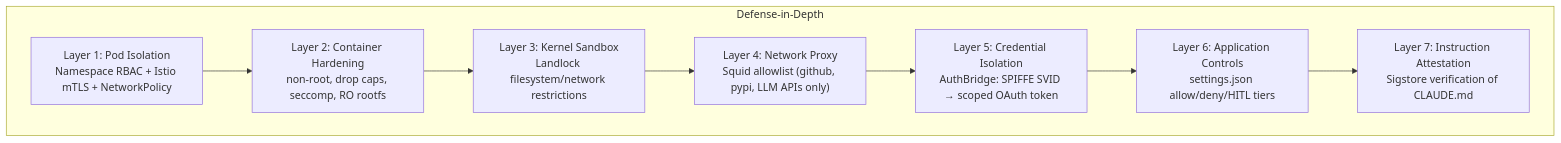
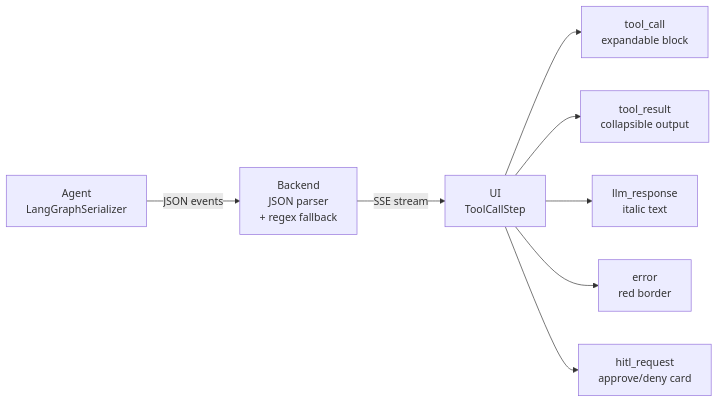
One commit to kagenti/kagenti changed the tenth of 11 diagrams in docs/plans/2026-03-01-sandbox-platform-design.md. Above: the diagram before and after it, drawn with Mermaid. The commit also changed other lines of this file, not shown here.

First line of the commit message:
docs: rewrite design doc with clean separated C4 diagrams

````diff
--- a/docs/plans/2026-03-01-sandbox-platform-design.md
+++ b/docs/plans/2026-03-01-sandbox-platform-design.md
@@ -255,14 +238,11 @@
 ```mermaid
-graph TB
-    subgraph Layers["Defense-in-Depth"]
-        L1["Layer 1: Pod Isolation<br/>Namespace RBAC + Istio mTLS + NetworkPolicy"]
-        L2["Layer 2: Container Hardening<br/>non-root, drop caps, seccomp, RO rootfs"]
-        L3["Layer 3: Kernel Sandbox<br/>Landlock filesystem/network restrictions"]
-        L4["Layer 4: Network Proxy<br/>Squid allowlist (github, pypi, LLM APIs only)"]
-        L5["Layer 5: Credential Isolation<br/>AuthBridge: SPIFFE SVID → scoped OAuth token"]
-        L6["Layer 6: Application Controls<br/>settings.json allow/deny/HITL tiers"]
-        L7["Layer 7: Instruction Attestation<br/>Sigstore verification of CLAUDE.md"]
-    end
+graph LR
+    agent["Agent<br/>LangGraphSerializer"] -->|"JSON events"| backend["Backend<br/>JSON parser<br/>+ regex fallback"]
+    backend -->|"SSE stream"| ui["UI<br/>ToolCallStep"]
 
-    L1 --> L2 --> L3 --> L4 --> L5 --> L6 --> L7
+    ui --> tc["tool_call<br/>expandable block"]
+    ui --> tr["tool_result<br/>collapsible output"]
+    ui --> llm["llm_response<br/>italic text"]
+    ui --> err["error<br/>red border"]
+    ui --> hitl["hitl_request<br/>approve/deny card"]
 ```
````
